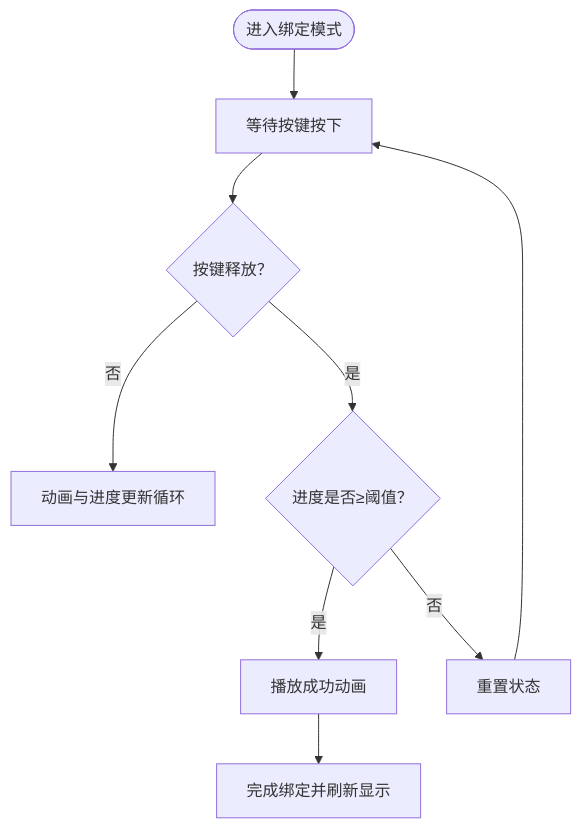
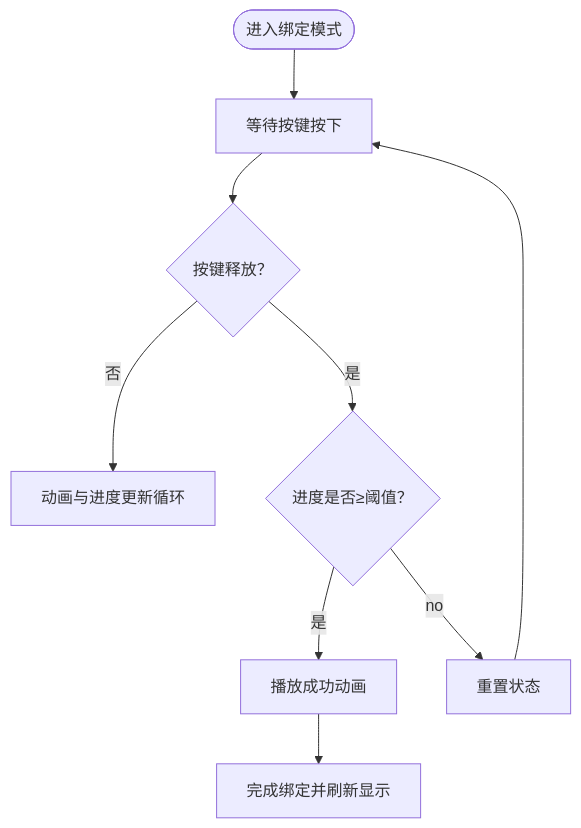
One commit to Hankun-P/wireless-keyboard-toy changed the fourth of 7 diagrams in .qoder/repowiki/zh/content/部署与分发/应用打包.md. Above: the diagram before and after it, drawn with Mermaid. The commit also changed other lines of this file and 10 other files, not shown here.

````diff
--- a/.qoder/repowiki/zh/content/部署与分发/应用打包.md
+++ b/.qoder/repowiki/zh/content/部署与分发/应用打包.md
@@ -146,11 +157,11 @@
 ```mermaid
 flowchart TD
 Enter(["进入绑定模式"]) --> WaitKey["等待按键按下"]
 WaitKey --> Pressed{"按键释放？"}
 Pressed --> |否| LoopAnim["动画与进度更新循环"]
 Pressed --> |是| CheckProgress{"进度是否≥阈值？"}
 CheckProgress --> |是| PlaySuccess["播放成功动画"]
-CheckProgress --> |否| Reset["重置状态"]
+CheckProgress --> |no| Reset["重置状态"]
 PlaySuccess --> Finish["完成绑定并刷新显示"]
 Reset --> WaitKey
 ```
````
